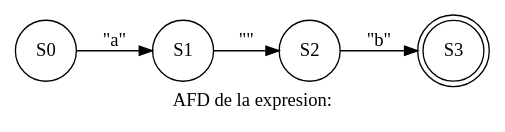
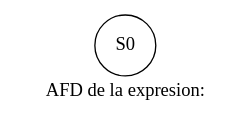
Before and after one commit to elimazariegosr/OLC1_Proyecto1_201709426: the diagram in OLC_Proyecto1_201709426/bin/Debug/afd_er1.dot, drawn with Graphviz. The commit also changed 99 other files, not shown here.

```diff
--- a/OLC_Proyecto1_201709426/bin/Debug/afd_er1.dot
+++ b/OLC_Proyecto1_201709426/bin/Debug/afd_er1.dot
@@ -1,14 +1,7 @@
 digraph dot{
 rankdir=LR;
  node[shape="circle"];
 label = "AFD de la expresion:";
 S0[label = "S0"];
-S0->S1[label="\"a\""];
-S1[label = "S1"];
-S1->S2[label="\"
-\""];
-S2[label = "S2"];
-S2->S3[label="\"b\""];
-S3[shape = "doublecircle"];S3[label = "S3"];
 
 }
```
